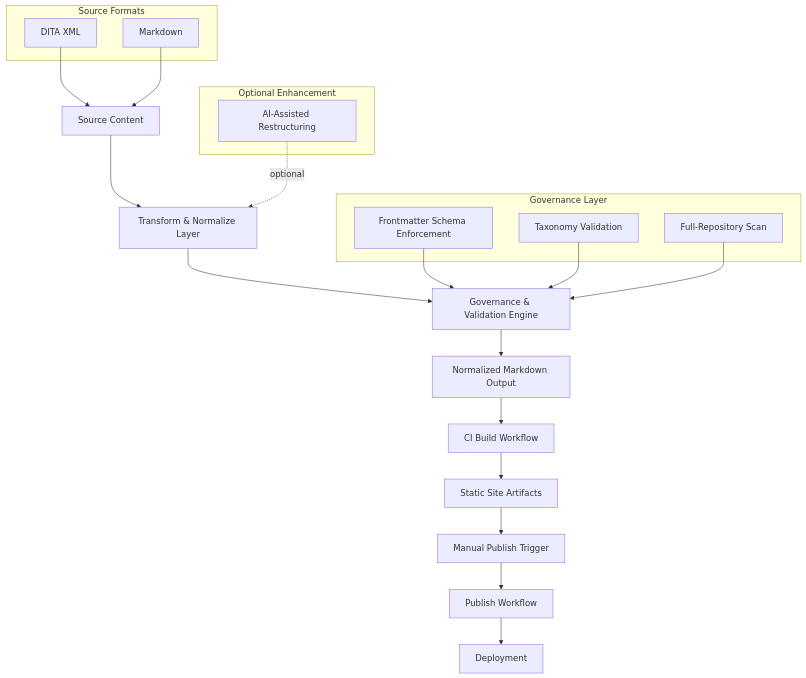
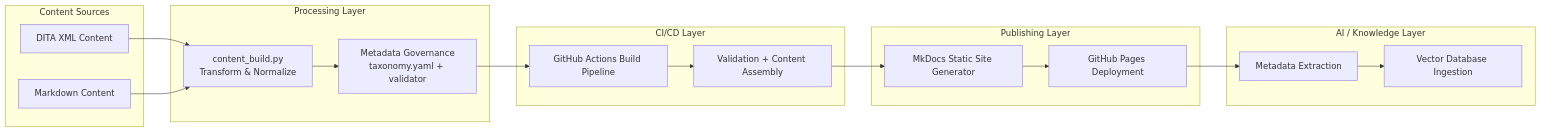
Before and after one commit to michael-taylor-docs-platform/documentation-platform: the diagram in source/architecture/platform-architecture.md, drawn with Mermaid. The commit also changed 28 other files, not shown here.

````diff
--- a/source/architecture/platform-architecture.md
+++ b/source/architecture/platform-architecture.md
@@ -46,38 +48,38 @@
 ```mermaid
-graph TD
+flowchart LR
 
-    A[Source Content] --> B[Transform & Normalize Layer]
-    B --> C[Governance & Validation Engine]
-    C --> D[Normalized Markdown Output]
+subgraph Content Sources
+A[DITA XML Content]
+B[Markdown Content]
+end
 
-    D --> E[CI Build Workflow]
-    E --> F[Static Site Artifacts]
+subgraph Processing Layer
+C[content_build.py<br>Transform & Normalize]
+D[Metadata Governance<br>taxonomy.yaml + validator]
+end
 
-    F --> G[Manual Publish Trigger]
-    G --> H[Publish Workflow]
-    H --> I[Deployment]
+subgraph CI/CD Layer
+E[GitHub Actions Build Pipeline]
+F[Validation + Content Assembly]
+end
 
-    subgraph Source Formats
-        A1[DITA XML]
-        A2[Markdown]
-    end
+subgraph Publishing Layer
+G[MkDocs Static Site Generator]
+H[GitHub Pages Deployment]
+end
 
-    A1 --> A
-    A2 --> A
+subgraph AI / Knowledge Layer
+I[Metadata Extraction]
+J[Vector Database Ingestion]
+end
 
-    subgraph Governance Layer
-        C1[Frontmatter Schema Enforcement]
-        C2[Taxonomy Validation]
-        C3[Full-Repository Scan]
-    end
-
-    C1 --> C
-    C2 --> C
-    C3 --> C
-
-    subgraph Optional Enhancement
-        AI[AI-Assisted Restructuring]
-    end
-
-    AI -. optional .-> B
+A --> C
+B --> C
+C --> D
+D --> E
+E --> F
+F --> G
+G --> H
+H --> I
+I --> J
 ```
````
